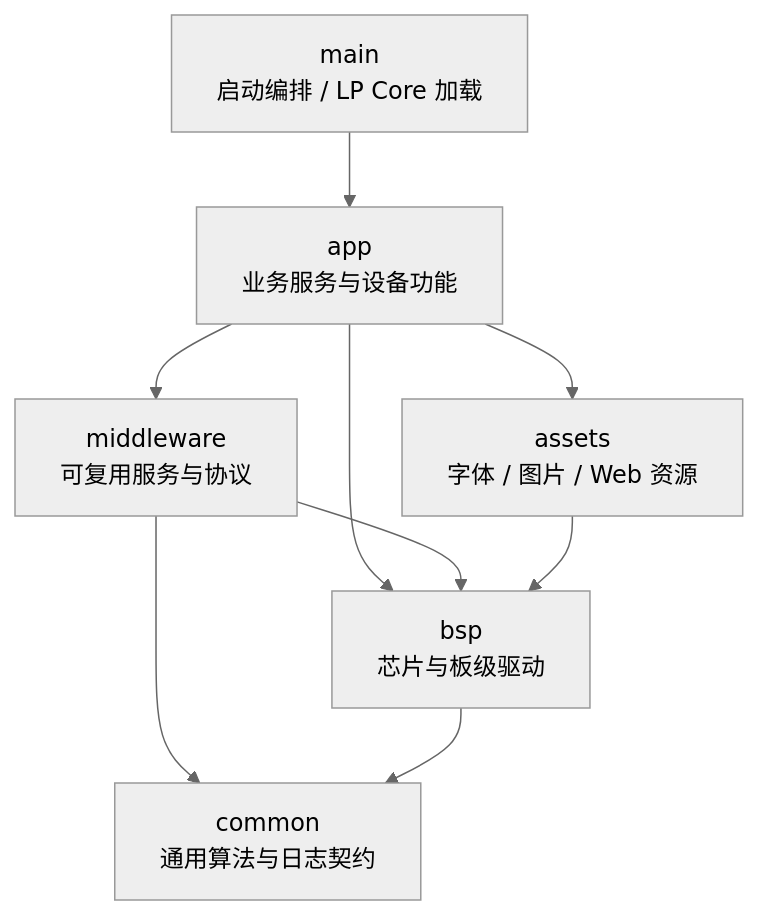
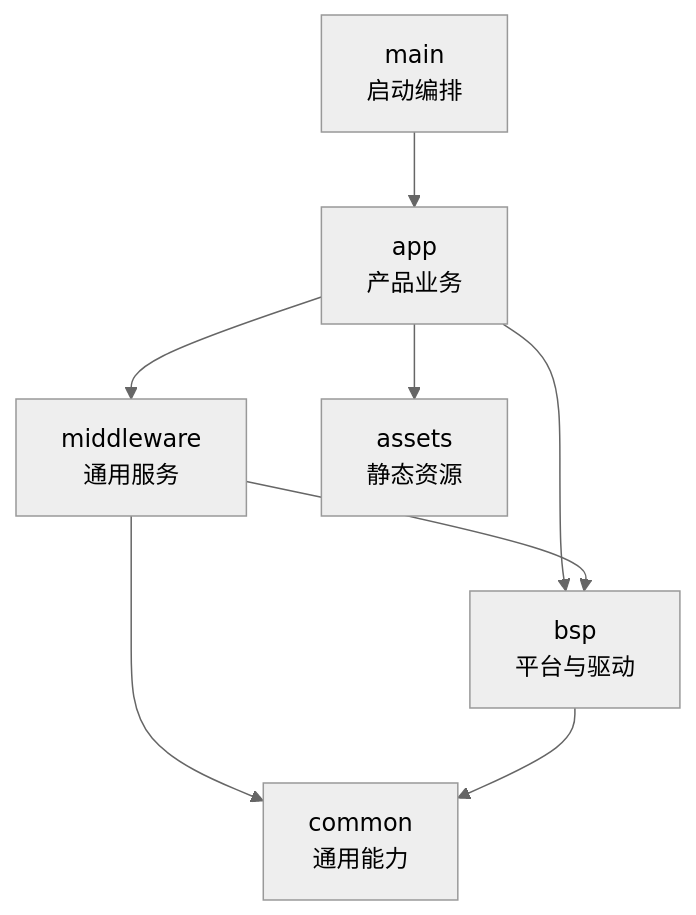
The second of 3 diagrams in README.md (qingmeijiupiao/Wireless_power_meter_lite), drawn with Mermaid (neutral theme) before and after one commit. The commit also changed other lines of this file, not shown here.

````diff
--- a/README.md
+++ b/README.md
@@ -59,11 +71,10 @@
 ```mermaid
 flowchart TB
-    Main["main<br/>启动编排 / LP Core 加载"] --> App["app<br/>业务服务与设备功能"]
-    App --> Middleware["middleware<br/>可复用服务与协议"]
-    App --> BSP["bsp<br/>芯片与板级驱动"]
-    App --> Assets["assets<br/>字体 / 图片 / Web 资源"]
+    Main["main<br/>启动编排"] --> App["app<br/>产品业务"]
+    App --> Middleware["middleware<br/>通用服务"]
+    App --> BSP["bsp<br/>平台与驱动"]
+    App --> Assets["assets<br/>静态资源"]
     Middleware --> BSP
-    Middleware --> Common["common<br/>通用算法与日志契约"]
+    Middleware --> Common["common<br/>通用能力"]
     BSP --> Common
-    Assets --> BSP
 ```
````
